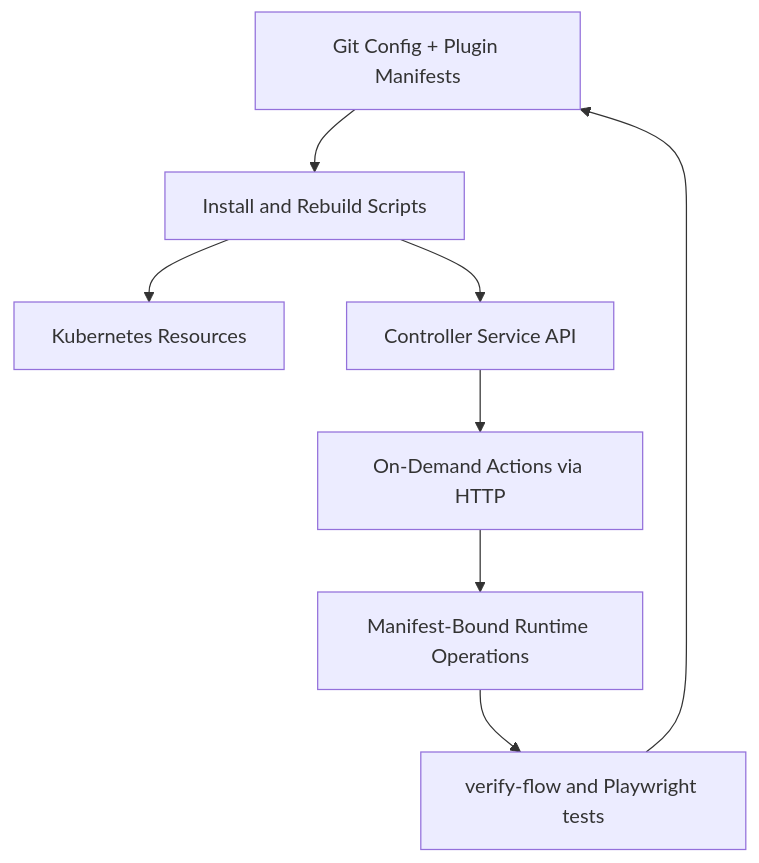
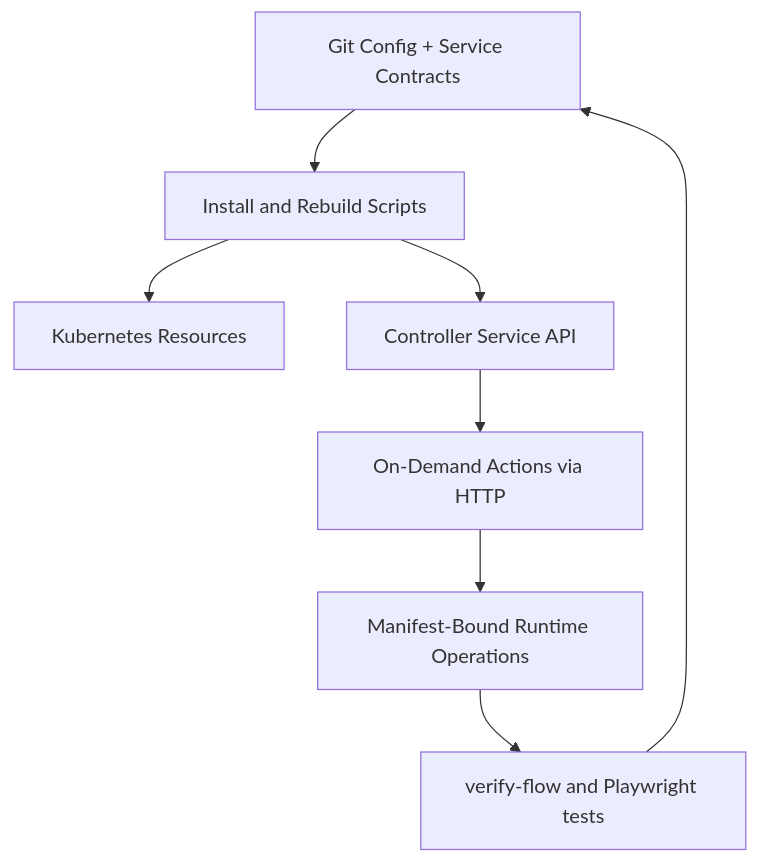
One commit to mploschiavo/mediaserver changed the third of 3 diagrams in docs/architecture.md. Above: the diagram before and after it, drawn with Mermaid. The commit also changed 17 other files, not shown here.

````diff
--- a/docs/architecture.md
+++ b/docs/architecture.md
@@ -159,10 +159,10 @@
 ```mermaid
 flowchart TD
-  GIT[Git Config + Plugin Manifests] --> INSTALL[Install and Rebuild Scripts]
+  GIT[Git Config + Service Contracts] --> INSTALL[Install and Rebuild Scripts]
   INSTALL --> K8S[Kubernetes Resources]
   INSTALL --> BOOT[Controller Service API]
   BOOT --> ACTIONS[On-Demand Actions via HTTP]
   ACTIONS --> APPS[Manifest-Bound Runtime Operations]
   APPS --> VERIFY[verify-flow and Playwright tests]
   VERIFY --> GIT
 ```
````
